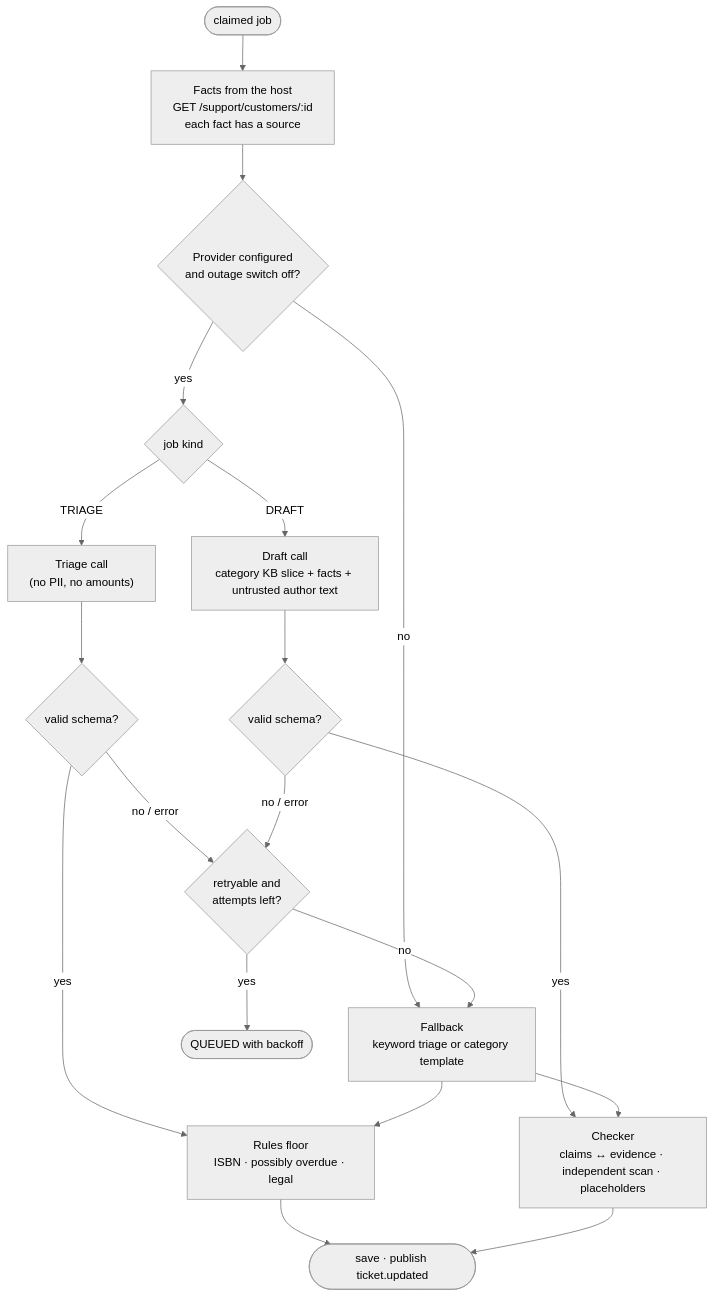
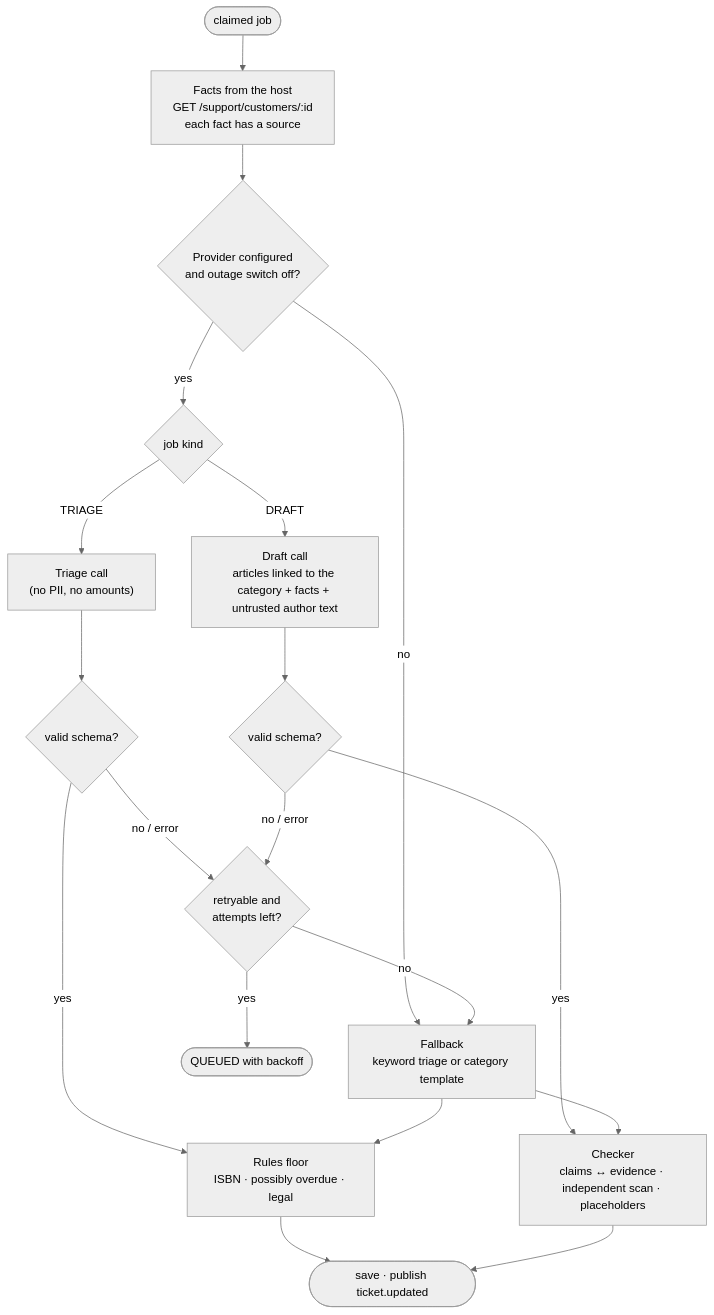
One commit to akshykmratloop/bookLeaf_support_system changed the sixth of 14 diagrams in docs/architecture.md. Above: the diagram before and after it, drawn with Mermaid (neutral theme). The commit also changed other lines of this file and 123 other files, not shown here.

````diff
--- a/docs/architecture.md
+++ b/docs/architecture.md
@@ -190,21 +190,21 @@
 ```mermaid
 flowchart TD
     start(["claimed job"]) --> facts["Facts from the host<br/>GET /support/customers/:id<br/>each fact has a source"]
     facts --> avail{"Provider configured<br/>and outage switch off?"}
     avail -- no --> fb
     avail -- yes --> kind{"job kind"}
     kind -- TRIAGE --> t["Triage call<br/>(no PII, no amounts)"]
-    kind -- DRAFT --> d["Draft call<br/>category KB slice + facts + untrusted author text"]
+    kind -- DRAFT --> d["Draft call<br/>articles linked to the category + facts + untrusted author text"]
     t --> tv{"valid schema?"}
     tv -- yes --> floor["Rules floor<br/>ISBN · possibly overdue · legal"]
     tv -- "no / error" --> retry{"retryable and<br/>attempts left?"}
     d --> dv{"valid schema?"}
     dv -- yes --> chk["Checker<br/>claims ↔ evidence · independent scan · placeholders"]
     dv -- "no / error" --> retry
     retry -- yes --> requeue(["QUEUED with backoff"])
     retry -- no --> fb["Fallback<br/>keyword triage or category template"]
     fb --> floor
     fb --> chk
     floor --> save(["save · publish ticket.updated"])
     chk --> save
 ```
````
